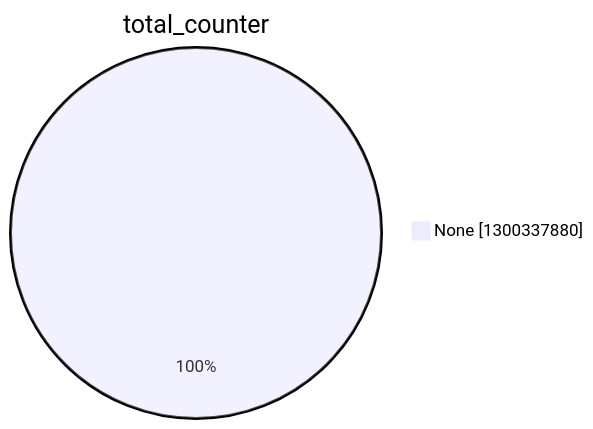
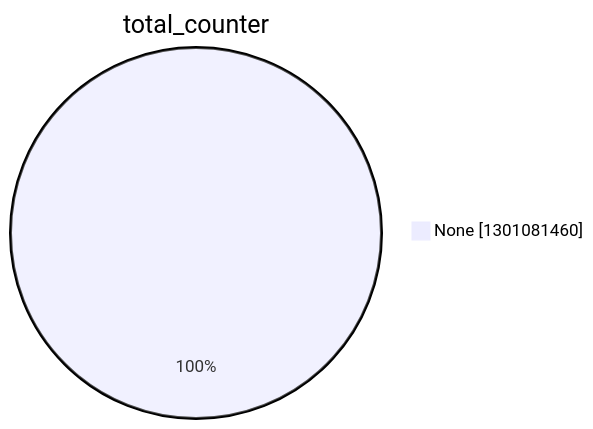
One commit to christiankrug/ctmonitor_visualization changed the second of 15 diagrams in argon2022/README.md. Above: the diagram before and after it, drawn with Mermaid. The commit also changed other lines of this file, not shown here.

````diff
--- a/argon2022/README.md
+++ b/argon2022/README.md
@@ -9,5 +9,5 @@
 ```mermaid
 pie showData
 title total_counter
-"None" :1300337880
+"None" :1301081460
 ```
````
